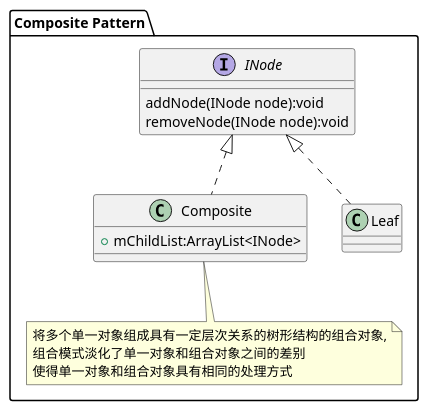
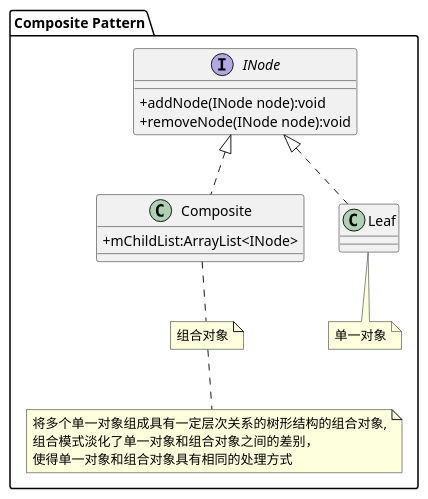
The diagram in lib_design_pattern/src/main/java/com/mxdl/desigin/pattern/structure/a07_composite/uml/composite.puml (mxdldev/java-design-pattern), drawn with PlantUML before and after one commit. The commit also changed 28 other files, not shown here.

```diff
--- a/lib_design_pattern/src/main/java/com/mxdl/desigin/pattern/structure/a07_composite/uml/composite.puml
+++ b/lib_design_pattern/src/main/java/com/mxdl/desigin/pattern/structure/a07_composite/uml/composite.puml
@@ -1,14 +1,18 @@
 @startuml
+skinparam classAttributeIconSize 0
 package "Composite Pattern"{
     interface INode {
-        addNode(INode node):void
-        removeNode(INode node):void
+        +addNode(INode node):void
+        +removeNode(INode node):void
     }
     class Composite
-    note bottom:将多个单一对象组成具有一定层次关系的树形结构的组合对象,\n组合模式淡化了单一对象和组合对象之间的差别\n使得单一对象和组合对象具有相同的处理方式
+    note bottom:组合对象
+    note bottom:将多个单一对象组成具有一定层次关系的树形结构的组合对象,\n组合模式淡化了单一对象和组合对象之间的差别，\n使得单一对象和组合对象具有相同的处理方式
     class Composite implements INode {
         +mChildList:ArrayList<INode>
     }
+    class Leaf
+    note bottom:单一对象
     class Leaf implements INode
 }
 @enduml
```
